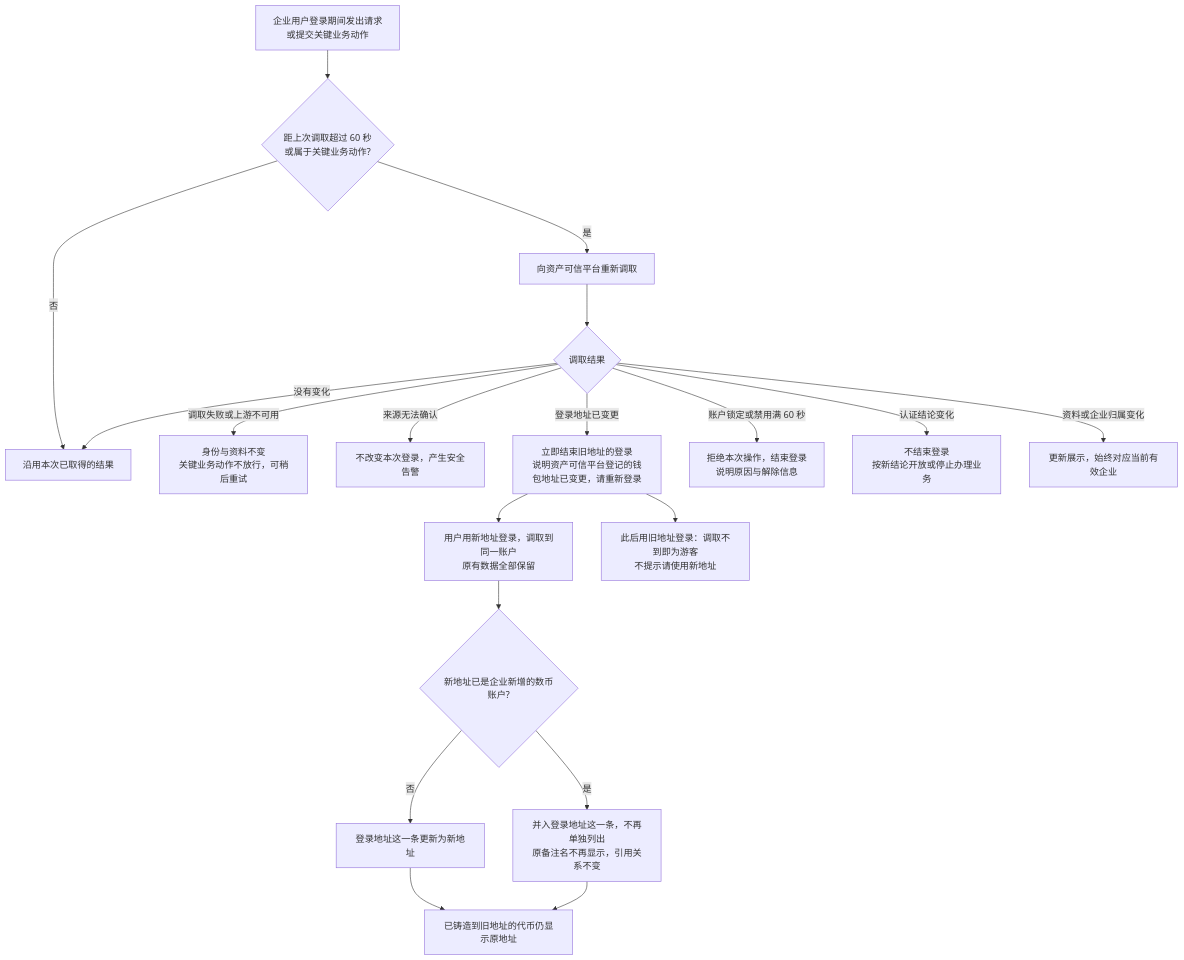
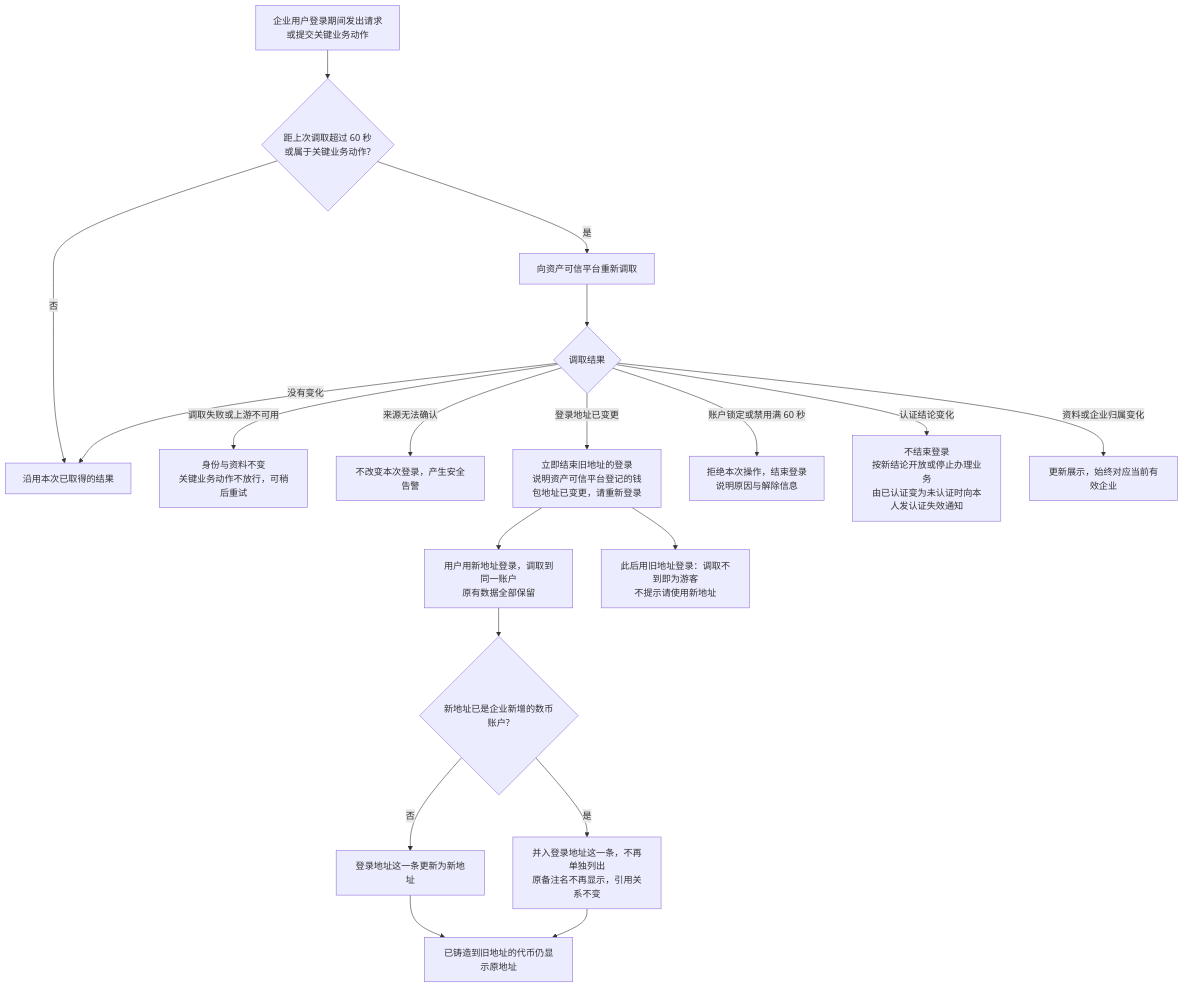
The fifth of 8 diagrams in token-issuance-platform/PRD/v1.0-企业登录与企业账户-流程图与状态机.md (wxblockchain/Chain-Financing), drawn with Mermaid before and after one commit. The commit also changed other lines of this file and 5 other files, not shown here.

````diff
--- a/token-issuance-platform/PRD/v1.0-企业登录与企业账户-流程图与状态机.md
+++ b/token-issuance-platform/PRD/v1.0-企业登录与企业账户-流程图与状态机.md
@@ -112,21 +112,21 @@
 ```mermaid
 flowchart TD
     A[企业用户登录期间发出请求<br/>或提交关键业务动作] --> B{距上次调取超过 60 秒<br/>或属于关键业务动作?}
     B -->|否| B1[沿用本次已取得的结果]
     B -->|是| C[向资产可信平台重新调取]
     C --> D{调取结果}
     D -->|调取失败或上游不可用| D1[身份与资料不变<br/>关键业务动作不放行，可稍后重试]
     D -->|来源无法确认| D2[不改变本次登录，产生安全告警]
     D -->|没有变化| B1
     D -->|登录地址已变更| E[立即结束旧地址的登录<br/>说明资产可信平台登记的钱包地址已变更，请重新登录]
     D -->|账户锁定或禁用满 60 秒| F[拒绝本次操作，结束登录<br/>说明原因与解除信息]
-    D -->|认证结论变化| G[不结束登录<br/>按新结论开放或停止办理业务]
+    D -->|认证结论变化| G[不结束登录<br/>按新结论开放或停止办理业务<br/>由已认证变为未认证时向本人发认证失效通知]
     D -->|资料或企业归属变化| H[更新展示，始终对应当前有效企业]
     E --> I[用户用新地址登录，调取到同一账户<br/>原有数据全部保留]
     I --> J{新地址已是企业新增的数币账户?}
     J -->|否| K[登录地址这一条更新为新地址]
     J -->|是| L[并入登录地址这一条，不再单独列出<br/>原备注名不再显示，引用关系不变]
     K --> M[已铸造到旧地址的代币仍显示原地址]
     L --> M
     E --> N[此后用旧地址登录：调取不到即为游客<br/>不提示请使用新地址]
 ```
````
